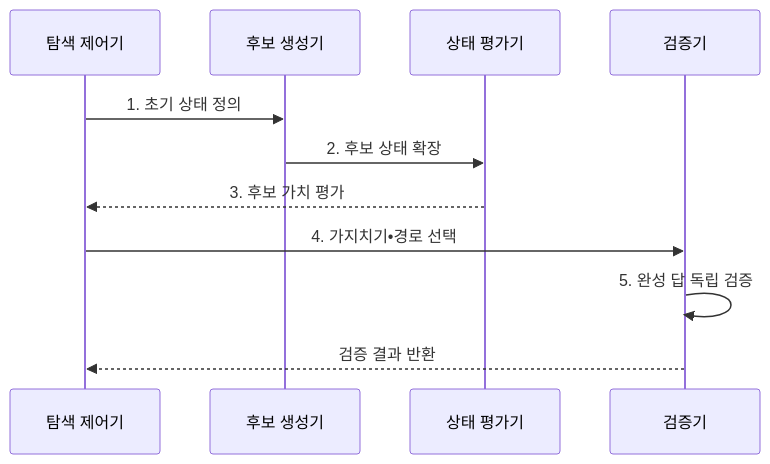
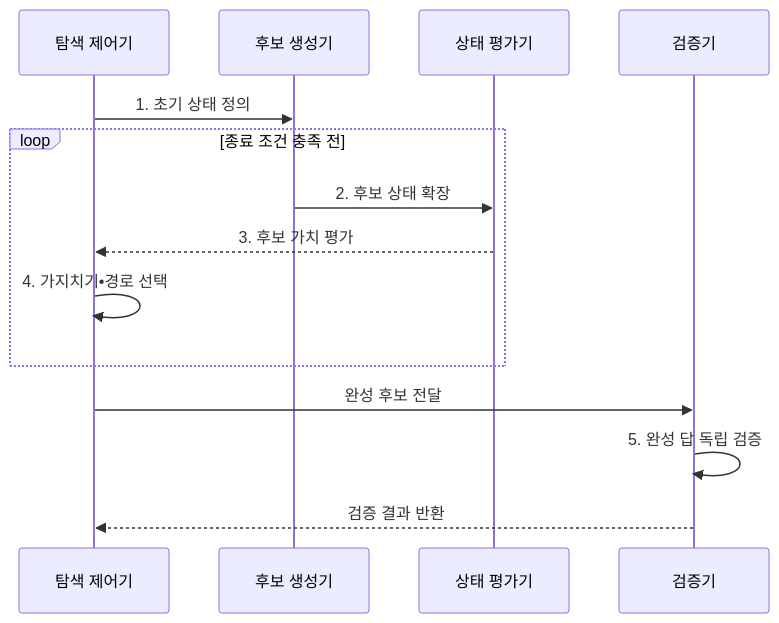
Before and after one commit to agnusdei1207/knowledge-base: the second of 2 diagrams in src/content/docs/notes/08-latest-tech/039_tree_of_thought.md, drawn with Mermaid. The commit also changed other lines of this file and 2 other files, not shown here.

Commit message:
08-latest-tech 021-040

````diff
--- a/src/content/docs/notes/08-latest-tech/039_tree_of_thought.md
+++ b/src/content/docs/notes/08-latest-tech/039_tree_of_thought.md
@@ -107,13 +107,16 @@
 ```mermaid
 sequenceDiagram
   participant C as 탐색 제어기
   participant G as 후보 생성기
   participant E as 상태 평가기
   participant V as 검증기
   C->>G: 1. 초기 상태 정의
-  G->>E: 2. 후보 상태 확장
-  E-->>C: 3. 후보 가치 평가
-  C->>V: 4. 가지치기•경로 선택
+  loop 종료 조건 충족 전
+    G->>E: 2. 후보 상태 확장
+    E-->>C: 3. 후보 가치 평가
+    C->>C: 4. 가지치기•경로 선택
+  end
+  C->>V: 완성 후보 전달
   V->>V: 5. 완성 답 독립 검증
   V-->>C: 검증 결과 반환
 ```
````
